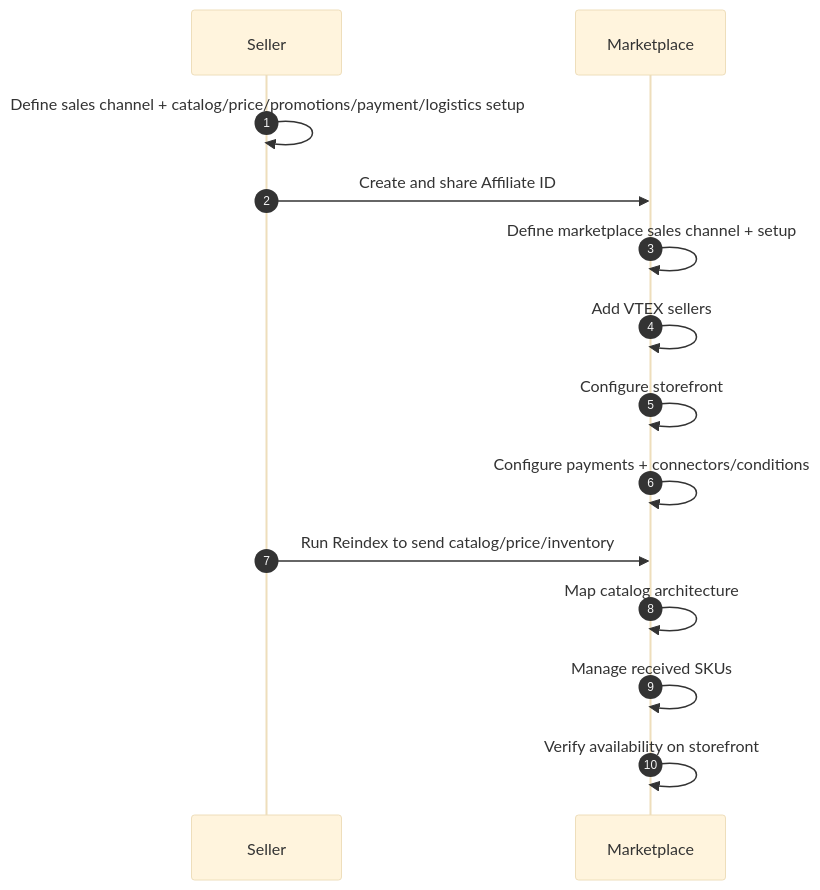
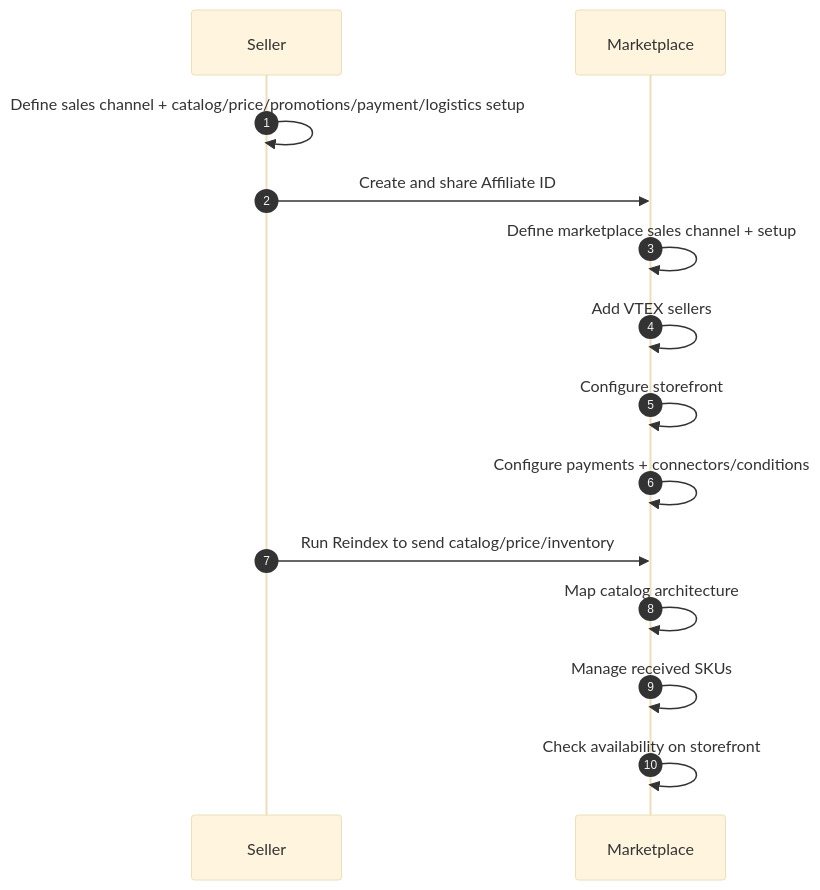
One commit to vtexdocs/dev-portal-content changed the diagram in docs/localization/integrating-vtex-stores.md. Above: the diagram before and after it, drawn with Mermaid (base theme). The commit also changed other lines of this file, not shown here.

````diff
--- a/docs/localization/integrating-vtex-stores.md
+++ b/docs/localization/integrating-vtex-stores.md
@@ -19,21 +19,21 @@
 ```mermaid
 sequenceDiagram
   autonumber
   participant S as Seller
   participant M as Marketplace
 
   S->>S: Define sales channel + catalog/price/promotions/payment/logistics setup
   S->>M: Create and share Affiliate ID
 
   M->>M: Define marketplace sales channel + setup
 
   M->>M: Add VTEX sellers
   M->>M: Configure storefront
   M->>M: Configure payments + connectors/conditions
 
   S->>M: Run Reindex to send catalog/price/inventory
 
   M->>M: Map catalog architecture
   M->>M: Manage received SKUs
-  M->>M: Verify availability on storefront
+  M->>M: Check availability on storefront
 ```
````
